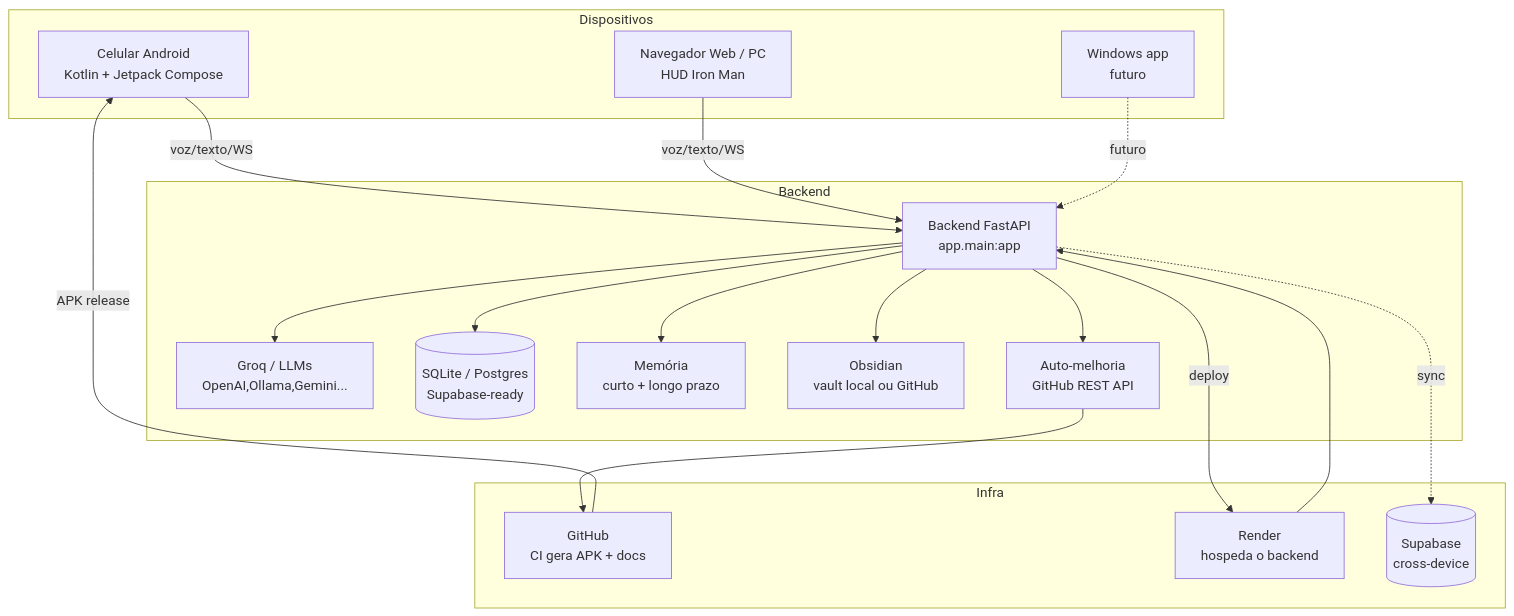
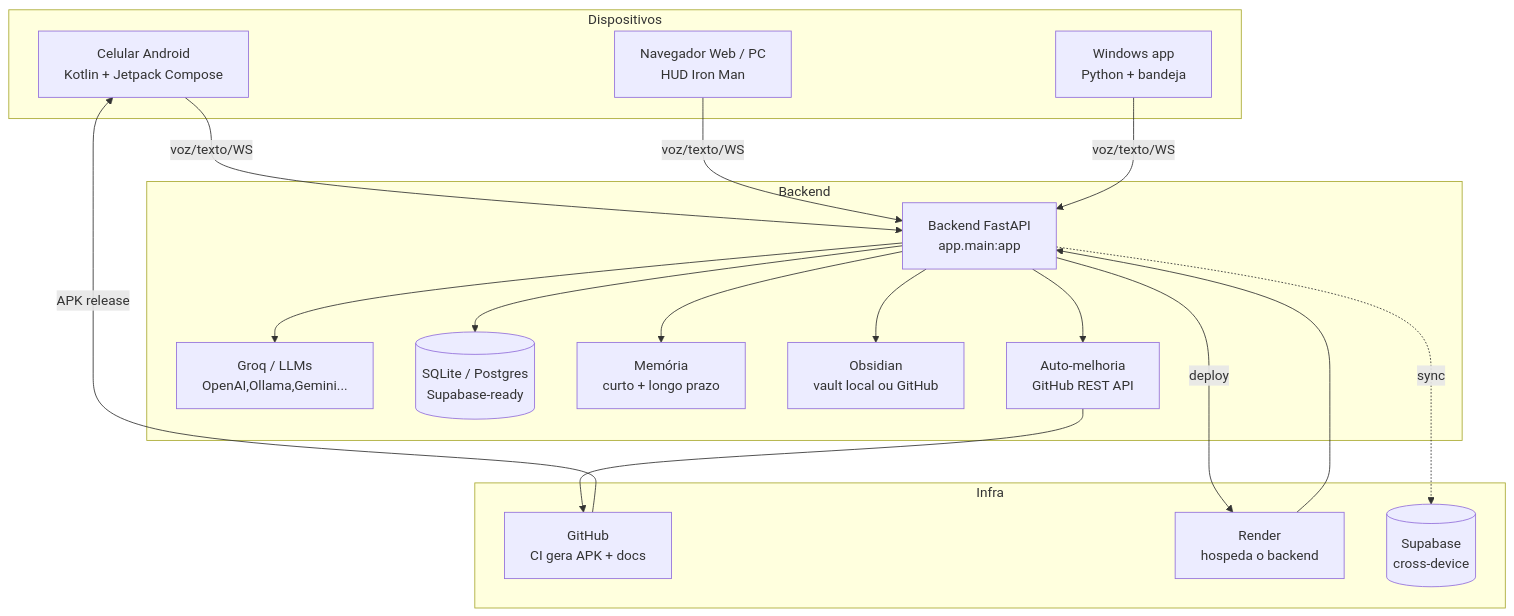
One commit to Pedrog1906g/Jarvis changed the diagram in ARCHITECTURE.md. Above: the diagram before and after it, drawn with Mermaid. The commit also changed other lines of this file and 7 other files, not shown here.

Commit message:
feat(windows): app desktop (bandeja+chat por voz+comandos locais), testes e docs

````diff
--- a/ARCHITECTURE.md
+++ b/ARCHITECTURE.md
@@ -8,37 +8,37 @@
 ```mermaid
 flowchart TD
     subgraph Dispositivos
         A[Celular Android<br/>Kotlin + Jetpack Compose]
         W[Navegador Web / PC<br/>HUD Iron Man]
-        P[Windows app<br/>futuro]
+        P[Windows app<br/>Python + bandeja]
     end
 
     subgraph Backend
         B[Backend FastAPI<br/>app.main:app]
         LLM[Groq / LLMs<br/>OpenAI,Ollama,Gemini...]
         DB[(SQLite / Postgres<br/>Supabase-ready)]
         MEM[Memória<br/>curto + longo prazo]
         OBS[Obsidian<br/>vault local ou GitHub]
         AGENT[Auto-melhoria<br/>GitHub REST API]
     end
 
     subgraph Infra
         GH[GitHub<br/>CI gera APK + docs]
         RN[Render<br/>hospeda o backend]
         SB[(Supabase<br/>cross-device)]
     end
 
     A -- voz/texto/WS --> B
     W -- voz/texto/WS --> B
-    P -. futuro .-> B
+    P -- voz/texto/WS --> B
     B --> LLM
     B --> DB
     B --> MEM
     B --> OBS
     B --> AGENT
     AGENT --> GH
     B -- deploy --> RN
     RN --> B
     B -. sync .-> SB
     GH -- APK release --> A
 ```
````
